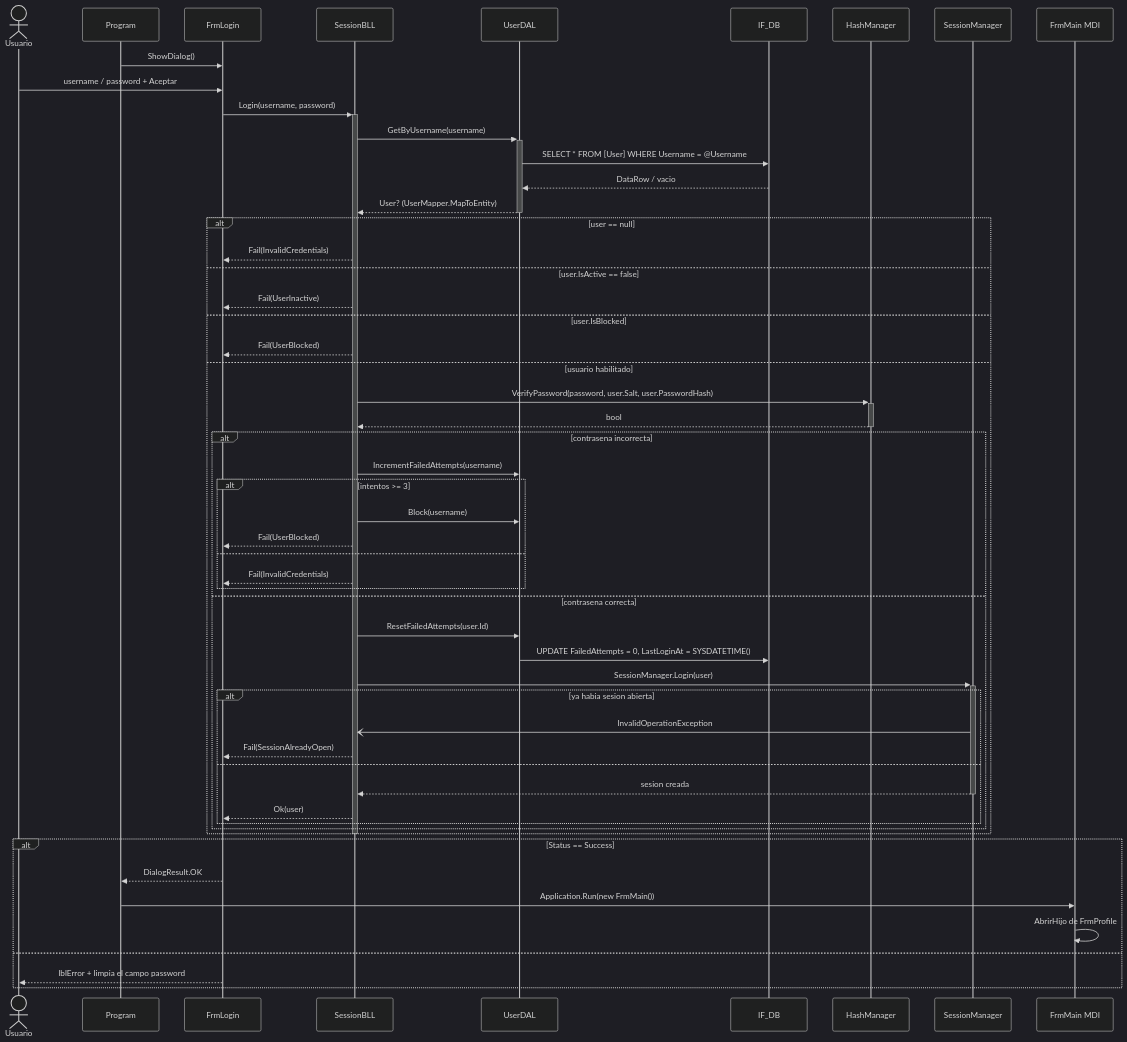
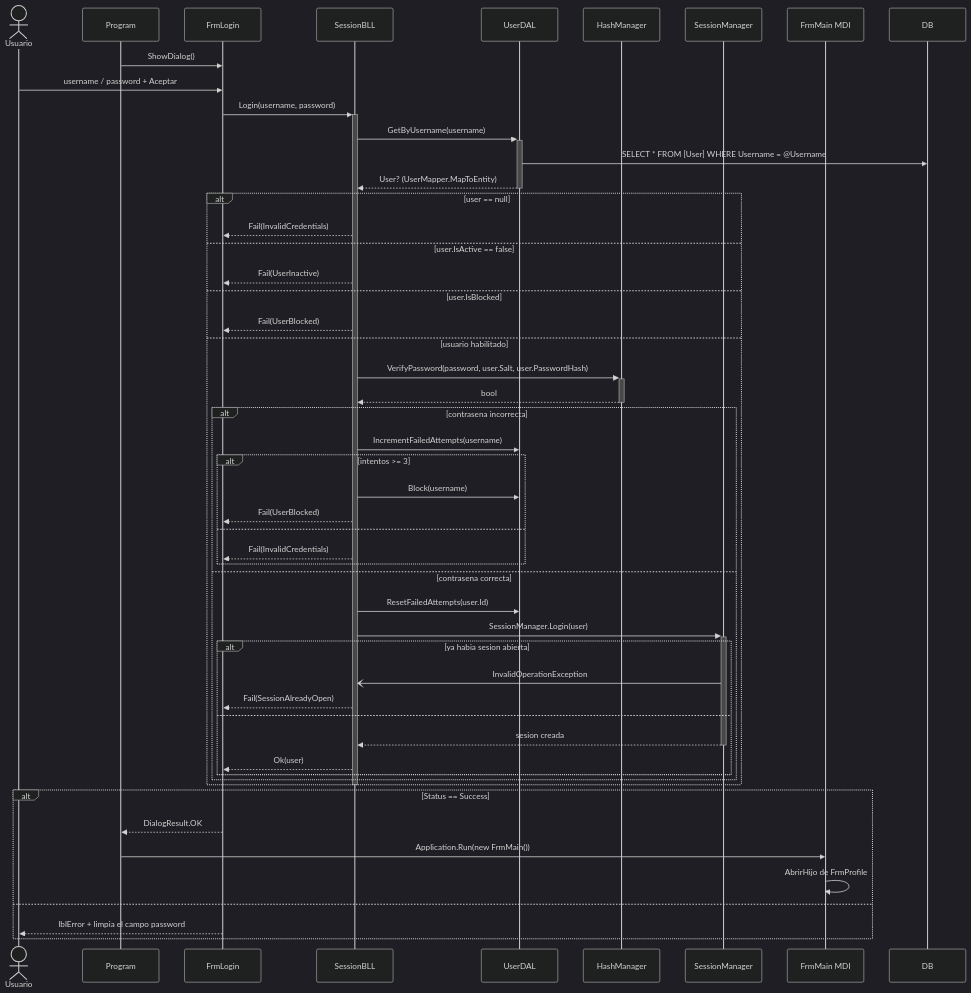
Before and after one commit to UAINahueLeandroDefeudi/uai-ing-soft: the second of 4 diagrams in ingSoftWinForm/README.md, drawn with Mermaid (dark theme).

````diff
--- a/ingSoftWinForm/README.md
+++ b/ingSoftWinForm/README.md
@@ -210,62 +210,59 @@
 ```mermaid
 sequenceDiagram
     actor U as Usuario
     participant P as Program
     participant FL as FrmLogin
     participant BLL as SessionBLL
     participant DAL as UserDAL
-    participant DB as IF_DB
     participant H as HashManager
     participant S as SessionManager
     participant FM as FrmMain MDI
 
     P->>FL: ShowDialog()
     U->>FL: username / password + Aceptar
     FL->>+BLL: Login(username, password)
 
     BLL->>+DAL: GetByUsername(username)
     DAL->>DB: SELECT * FROM [User] WHERE Username = @Username
-    DB-->>DAL: DataRow / vacio
     DAL-->>-BLL: User? (UserMapper.MapToEntity)
 
     alt user == null
         BLL-->>FL: Fail(InvalidCredentials)
     else user.IsActive == false
         BLL-->>FL: Fail(UserInactive)
     else user.IsBlocked
         BLL-->>FL: Fail(UserBlocked)
     else usuario habilitado
         BLL->>+H: VerifyPassword(password, user.Salt, user.PasswordHash)
         H-->>-BLL: bool
 
         alt contrasena incorrecta
             BLL->>DAL: IncrementFailedAttempts(username)
             alt intentos >= 3
                 BLL->>DAL: Block(username)
                 BLL-->>FL: Fail(UserBlocked)
             else
                 BLL-->>FL: Fail(InvalidCredentials)
             end
         else contrasena correcta
             BLL->>DAL: ResetFailedAttempts(user.Id)
-            DAL->>DB: UPDATE FailedAttempts = 0, LastLoginAt = SYSDATETIME()
             BLL->>+S: SessionManager.Login(user)
             alt ya habia sesion abierta
                 S-)BLL: InvalidOperationException
                 BLL-->>FL: Fail(SessionAlreadyOpen)
             else
                 S-->>-BLL: sesion creada
                 BLL-->>FL: Ok(user)
             end
         end
     end
     deactivate BLL
 
     alt Status == Success
         FL-->>P: DialogResult.OK
         P->>FM: Application.Run(new FrmMain())
         FM->>FM: AbrirHijo de FrmProfile
     else
         FL-->>U: lblError + limpia el campo password
     end
 ```
````
